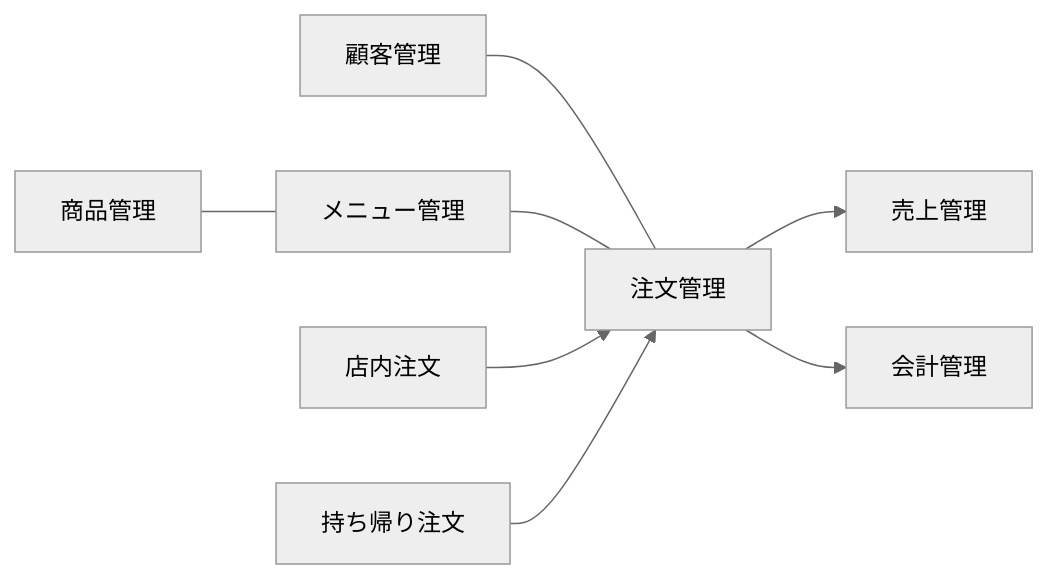
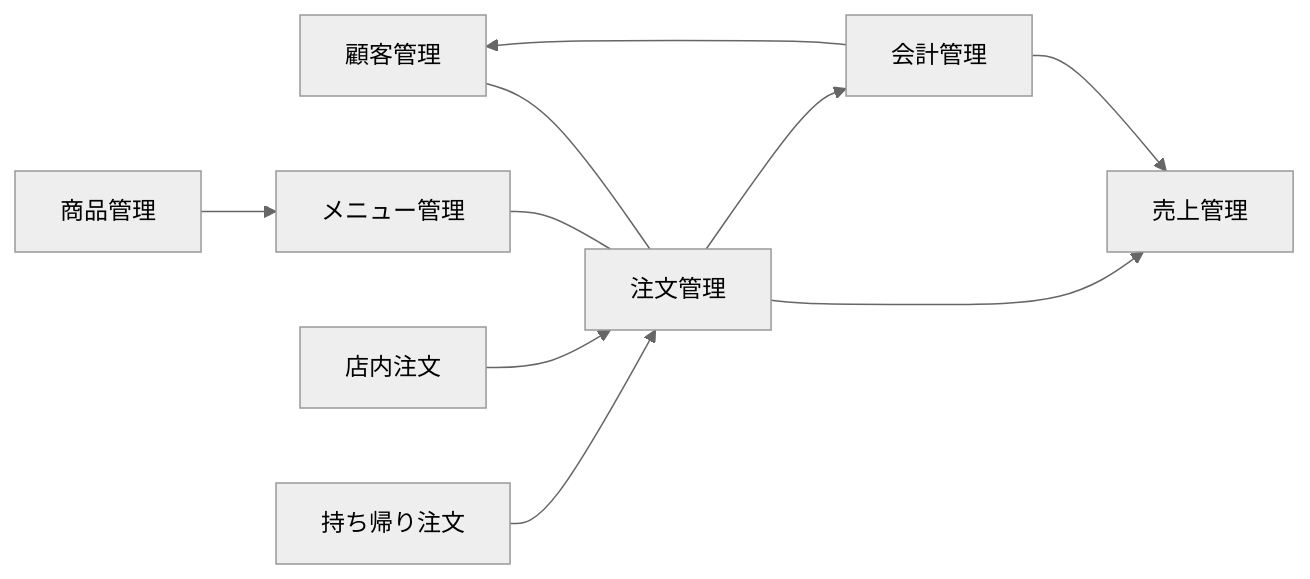
Before and after one commit to MachinakaRestaurantSupport/system-integration: the diagram in docs/system-design.md, drawn with Mermaid (neutral theme). The commit also changed other lines of this file and 1 other file, not shown here.

First line of the commit message:
docs(design): define MVP architecture and integration points I-1 to I-6

````diff
--- a/docs/system-design.md
+++ b/docs/system-design.md
@@ -31,10 +31,12 @@
 ```mermaid
 flowchart LR
   guest[顧客管理] --- order[注文管理]
   menu[メニュー管理] --- order
-  product[商品管理] --- menu
+  product[商品管理] --> menu
   dinein[店内注文] --> order
   takeout[持ち帰り注文] --> order
   order --> sales[売上管理]
   order --> accounting[会計管理]
+  accounting --> guest
+  accounting --> sales
 ```
````
